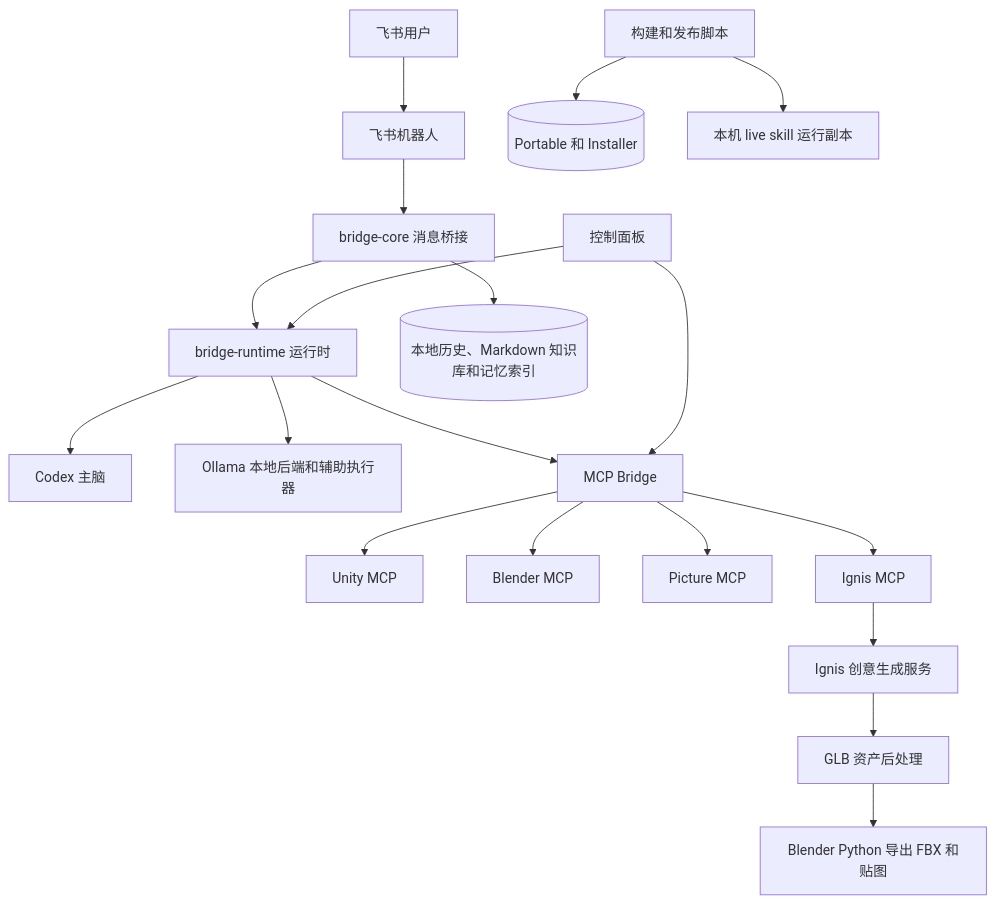
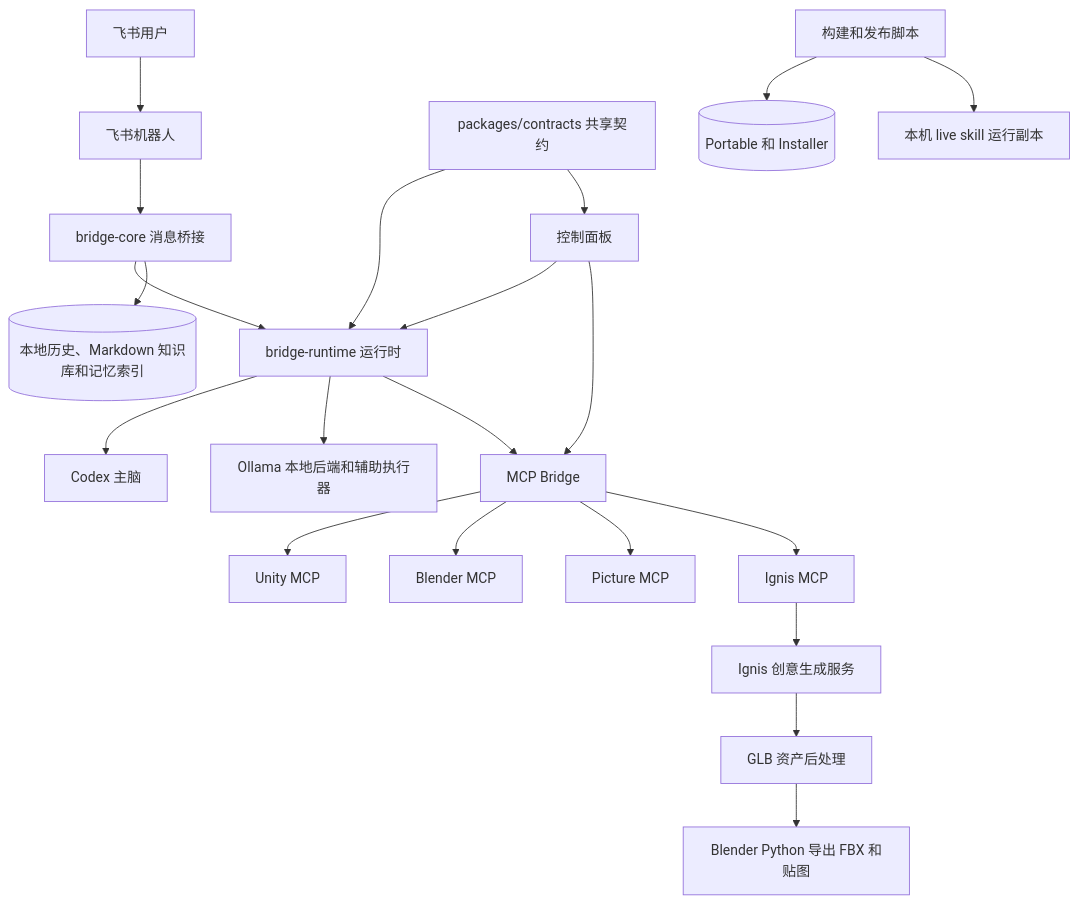
The first of 8 diagrams in docs/PROJECT-ARCHITECTURE.md (dddfuxi/codex-im-suite), drawn with Mermaid before and after one commit. The commit also changed other lines of this file and 111 other files, not shown here.

````diff
--- a/docs/PROJECT-ARCHITECTURE.md
+++ b/docs/PROJECT-ARCHITECTURE.md
@@ -27,21 +28,23 @@
 ```mermaid
 flowchart TD
   FeishuUser[飞书用户] --> FeishuBot[飞书机器人]
   FeishuBot --> BridgeCore[bridge-core 消息桥接]
   BridgeCore --> BridgeRuntime[bridge-runtime 运行时]
+  SharedContracts[packages/contracts 共享契约] --> BridgeRuntime
+  SharedContracts --> ControlPanel
   BridgeRuntime --> CodexBrain[Codex 主脑]
   BridgeRuntime --> LocalHelper[Ollama 本地后端和辅助执行器]
   BridgeRuntime --> McpBridge[MCP Bridge]
   McpBridge --> UnityMcp[Unity MCP]
   McpBridge --> BlenderMcp[Blender MCP]
   McpBridge --> PictureMcp[Picture MCP]
   McpBridge --> IgnisMcp[Ignis MCP]
   IgnisMcp --> IgnisCloud[Ignis 创意生成服务]
   IgnisCloud --> AssetPipeline[GLB 资产后处理]
   AssetPipeline --> BlenderCli[Blender Python 导出 FBX 和贴图]
   BridgeCore --> LocalHistory[(本地历史、Markdown 知识库和记忆索引)]
   ControlPanel[控制面板] --> BridgeRuntime
   ControlPanel --> McpBridge
   Scripts[构建和发布脚本] --> Release[(Portable 和 Installer)]
   Scripts --> LiveSkill[本机 live skill 运行副本]
 ```
````
